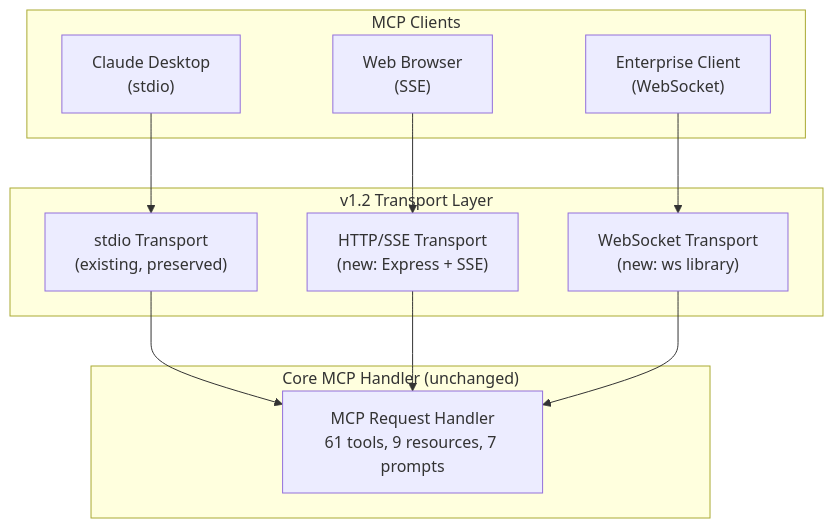
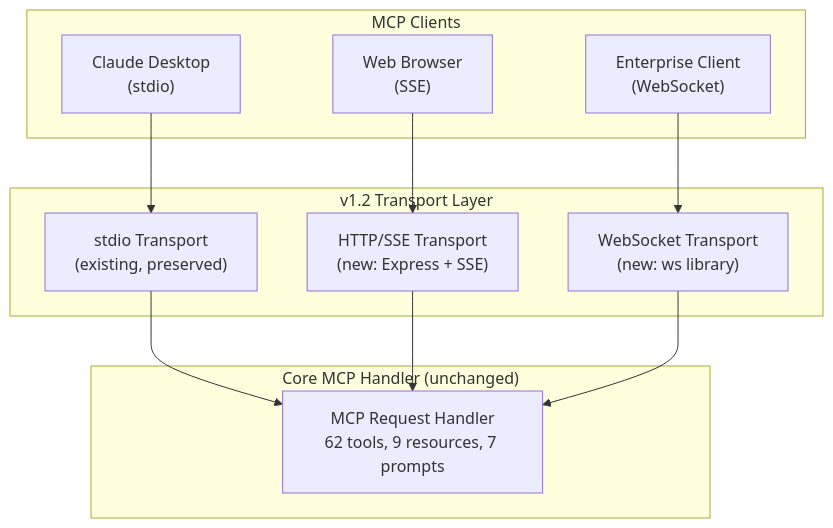
Before and after one commit to Hack23/European-Parliament-MCP-Server: the third of 4 diagrams in docs/api/media/FUTURE_ARCHITECTURE.md, drawn with Mermaid. The commit also changed other lines of this file and 55 other files, not shown here.

````diff
--- a/docs/api/media/FUTURE_ARCHITECTURE.md
+++ b/docs/api/media/FUTURE_ARCHITECTURE.md
@@ -146,25 +146,25 @@
 ```mermaid
 flowchart TD
     subgraph Transports["v1.2 Transport Layer"]
         STDIO["stdio Transport\n(existing, preserved)"]
         HTTP["HTTP/SSE Transport\n(new: Express + SSE)"]
         WS["WebSocket Transport\n(new: ws library)"]
     end
 
     subgraph Clients["MCP Clients"]
         LOCAL["Claude Desktop\n(stdio)"]
         WEB["Web Browser\n(SSE)"]
         ENT["Enterprise Client\n(WebSocket)"]
     end
 
     subgraph Core["Core MCP Handler (unchanged)"]
-        HANDLER["MCP Request Handler\n61 tools, 9 resources, 7 prompts"]
+        HANDLER["MCP Request Handler\n62 tools, 9 resources, 7 prompts"]
     end
 
     LOCAL --> STDIO
     WEB --> HTTP
     ENT --> WS
     STDIO --> HANDLER
     HTTP --> HANDLER
     WS --> HANDLER
 ```
````
